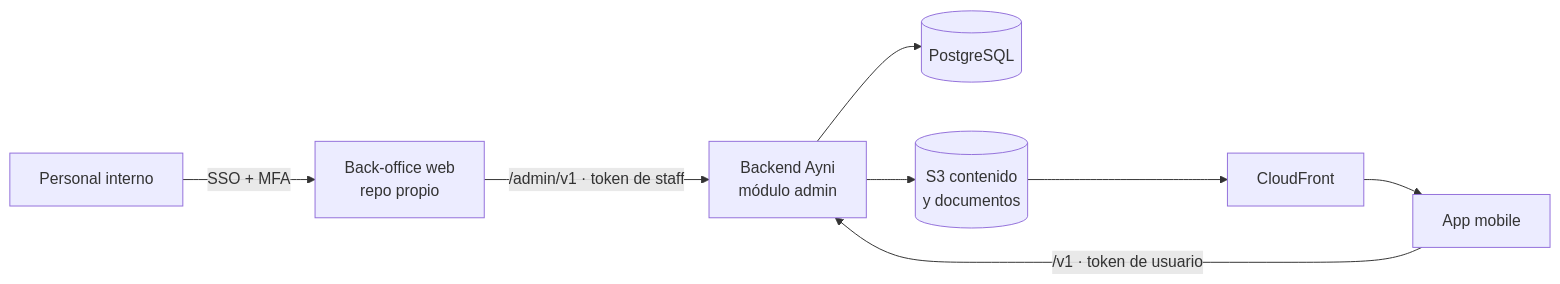
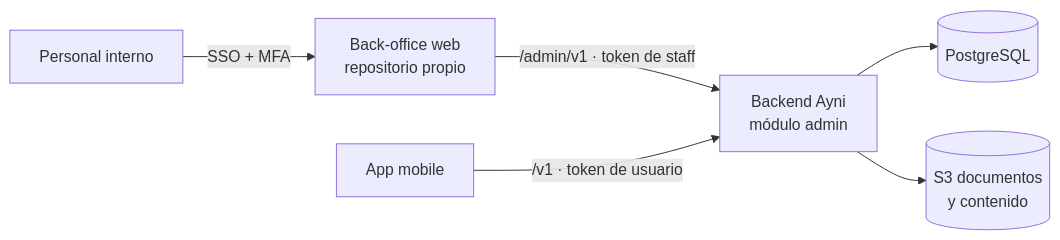
One commit to gh0st1608/fintech-ayni changed the diagram in docs/backoffice-plan.md. Above: the diagram before and after it, drawn with Mermaid. The commit also changed other lines of this file, not shown here.

First line of the commit message:
docs(docs): plan del back-office v2 con la operación antes que el contenido

````diff
--- a/docs/backoffice-plan.md
+++ b/docs/backoffice-plan.md
@@ -114,10 +57,8 @@
 ```mermaid
 flowchart LR
-  staff[Personal interno] -->|SSO + MFA| bo[Back-office web<br/>repo propio]
+  staff[Personal interno] -->|SSO + MFA| bo[Back-office web<br/>repositorio propio]
   bo -->|/admin/v1 · token de staff| api[Backend Ayni<br/>módulo admin]
   app[App mobile] -->|/v1 · token de usuario| api
   api --> db[(PostgreSQL)]
-  api --> s3[(S3 contenido<br/>y documentos)]
-  s3 --> cdn[CloudFront]
-  cdn --> app
+  api --> s3[(S3 documentos<br/>y contenido)]
 ```
````
